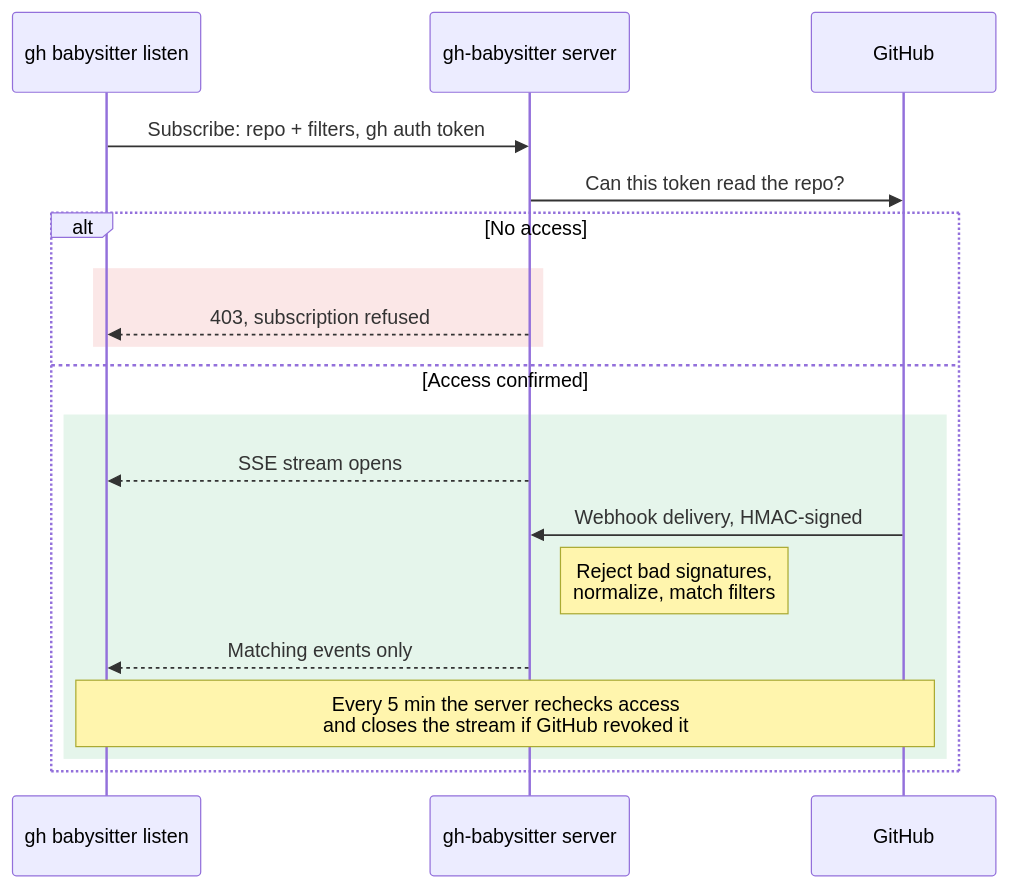
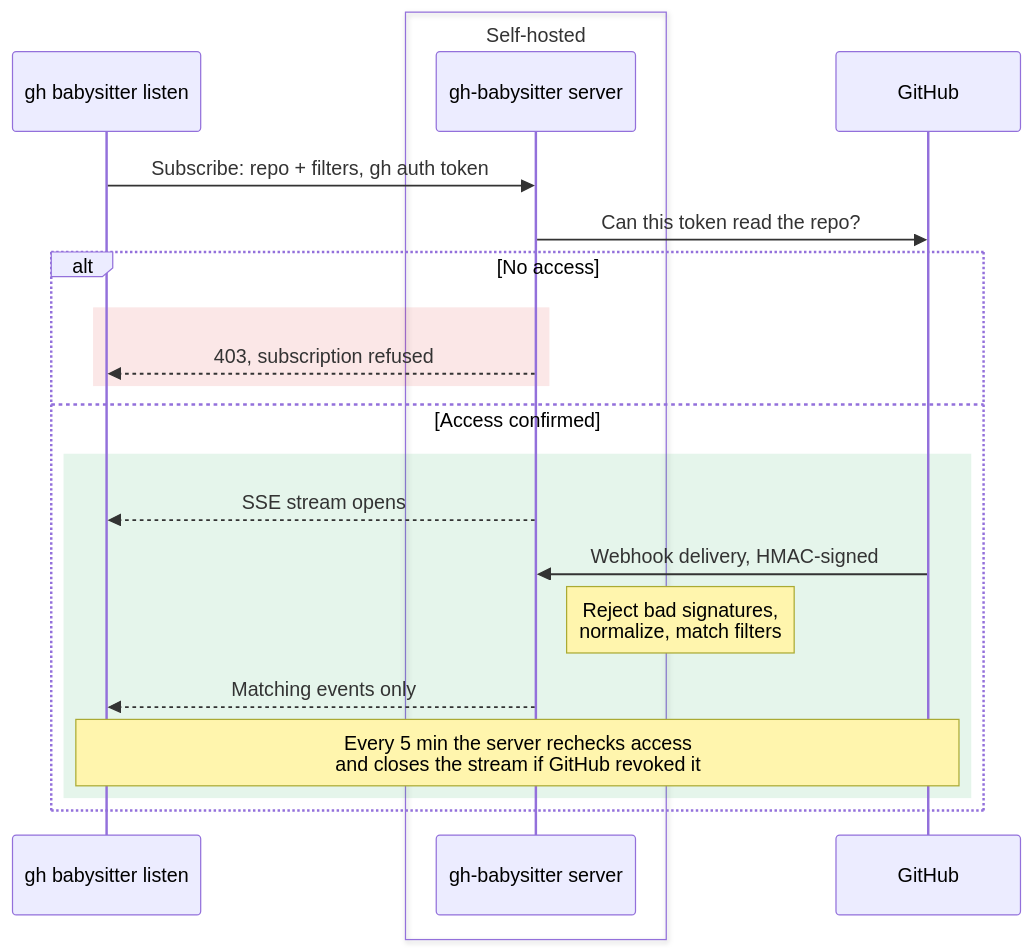
Before and after one commit to Alex-Kopylov/gh-babysitter: the diagram in README.md, drawn with Mermaid.

Commit message:
docs(readme): mark server as self-hosted in architecture diagram

````diff
--- a/README.md
+++ b/README.md
@@ -58,22 +58,24 @@
 ```mermaid
 sequenceDiagram
     participant CLI as gh babysitter listen
-    participant S as gh-babysitter server
+    box Self-hosted
+        participant S as gh-babysitter server
+    end
     participant GH as GitHub
 
     CLI->>S: Subscribe: repo + filters, gh auth token
     S->>GH: Can this token read the repo?
     alt No access
         rect rgba(220, 60, 60, 0.12)
             S-->>CLI: 403, subscription refused
         end
     else Access confirmed
         rect rgba(40, 170, 90, 0.12)
             S-->>CLI: SSE stream opens
             GH->>S: Webhook delivery, HMAC-signed
             Note right of S: Reject bad signatures,<br/>normalize, match filters
             S-->>CLI: Matching events only
             Note over CLI,GH: Every 5 min the server rechecks access<br/>and closes the stream if GitHub revoked it
         end
     end
 ```
````
